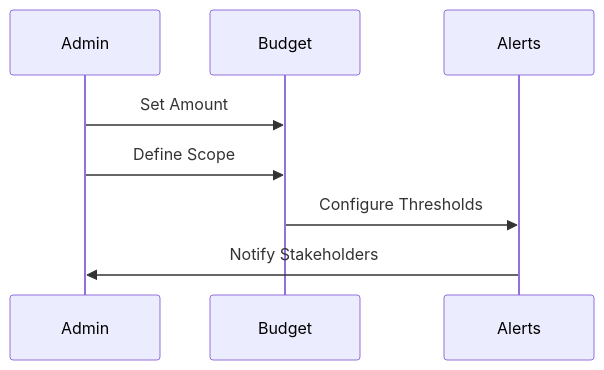
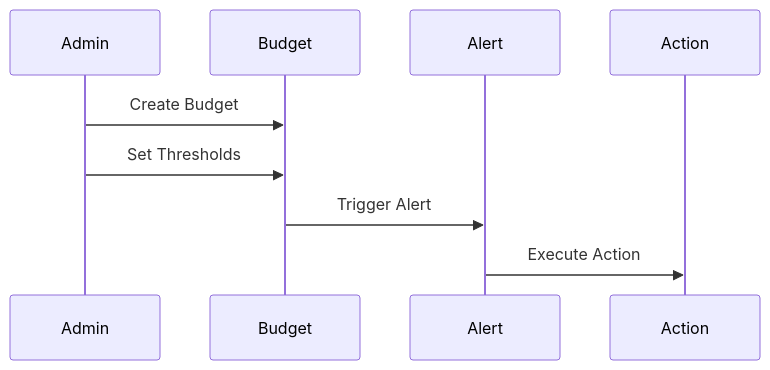
One commit to saravanakumarrc/Architecture_Journey changed the fourth of 15 diagrams in src/azure/az-104/Cost_Management.md. Above: the diagram before and after it, drawn with Mermaid. The commit also changed other lines of this file and 6 other files, not shown here.

````diff
--- a/src/azure/az-104/Cost_Management.md
+++ b/src/azure/az-104/Cost_Management.md
@@ -71,11 +74,12 @@
 ```mermaid
 sequenceDiagram
     participant Admin
     participant Budget
-    participant Alerts
+    participant Alert
+    participant Action
     
-    Admin->>Budget: Set Amount
-    Admin->>Budget: Define Scope
-    Budget->>Alerts: Configure Thresholds
-    Alerts->>Admin: Notify Stakeholders
+    Admin->>Budget: Create Budget
+    Admin->>Budget: Set Thresholds
+    Budget->>Alert: Trigger Alert
+    Alert->>Action: Execute Action
 ```
````
